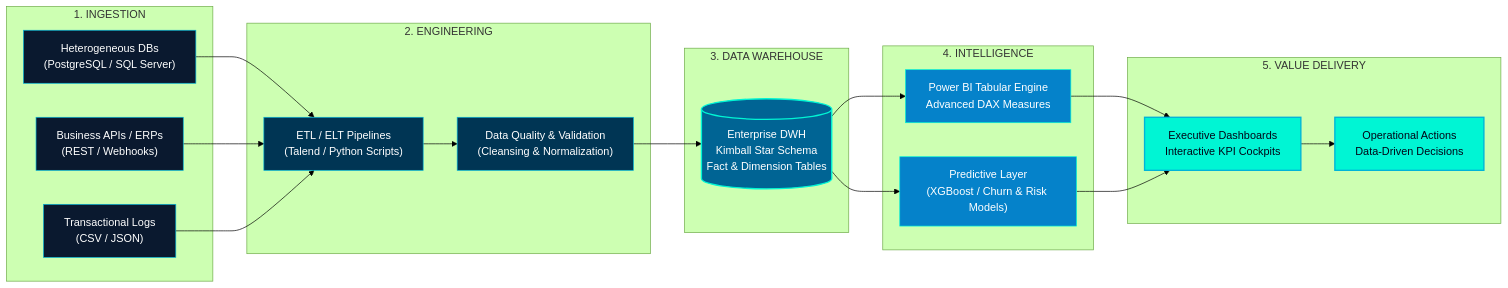
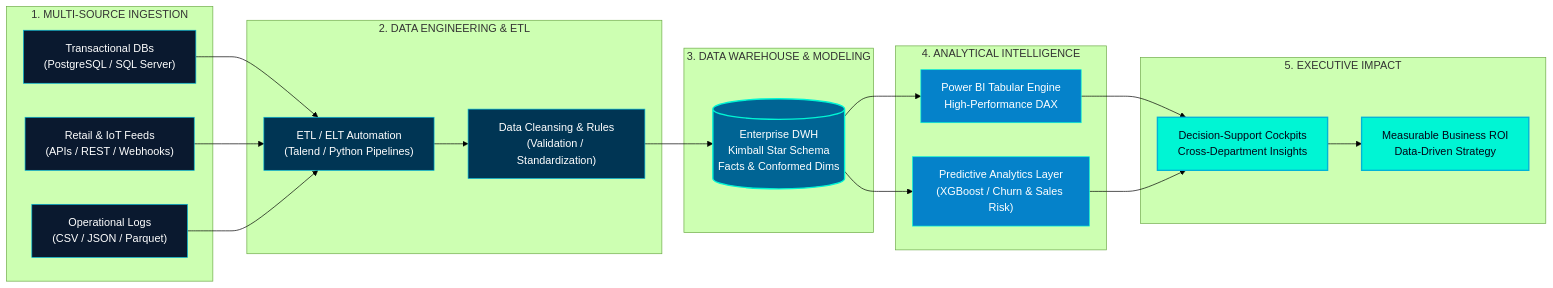
One commit to hazem897/hazem897 changed the diagram in README.md. Above: the diagram before and after it, drawn with Mermaid (forest theme). The commit also changed other lines of this file, not shown here.

````diff
--- a/README.md
+++ b/README.md
@@ -117,41 +119,41 @@
 ```mermaid
 flowchart LR
-    subgraph S1["1. INGESTION"]
-        A1["Heterogeneous DBs<br/>(PostgreSQL / SQL Server)"]
-        A2["Business APIs / ERPs<br/>(REST / Webhooks)"]
-        A3["Transactional Logs<br/>(CSV / JSON)"]
+    subgraph S1["1. MULTI-SOURCE INGESTION"]
+        A1["Transactional DBs<br/>(PostgreSQL / SQL Server)"]
+        A2["Retail & IoT Feeds<br/>(APIs / REST / Webhooks)"]
+        A3["Operational Logs<br/>(CSV / JSON / Parquet)"]
     end
 
-    subgraph S2["2. ENGINEERING"]
-        B1["ETL / ELT Pipelines<br/>(Talend / Python Scripts)"]
-        B2["Data Quality & Validation<br/>(Cleansing & Normalization)"]
+    subgraph S2["2. DATA ENGINEERING & ETL"]
+        B1["ETL / ELT Automation<br/>(Talend / Python Pipelines)"]
+        B2["Data Cleansing & Rules<br/>(Validation / Standardization)"]
     end
 
-    subgraph S3["3. DATA WAREHOUSE"]
-        C1[("Enterprise DWH<br/>Kimball Star Schema<br/>Fact & Dimension Tables")]
+    subgraph S3["3. DATA WAREHOUSE & MODELING"]
+        C1[("Enterprise DWH<br/>Kimball Star Schema<br/>Facts & Conformed Dims")]
     end
 
-    subgraph S4["4. INTELLIGENCE"]
-        D1["Power BI Tabular Engine<br/>Advanced DAX Measures"]
-        D2["Predictive Layer<br/>(XGBoost / Churn & Risk Models)"]
+    subgraph S4["4. ANALYTICAL INTELLIGENCE"]
+        D1["Power BI Tabular Engine<br/>High-Performance DAX"]
+        D2["Predictive Analytics Layer<br/>(XGBoost / Churn & Sales Risk)"]
     end
 
-    subgraph S5["5. VALUE DELIVERY"]
-        E1["Executive Dashboards<br/>Interactive KPI Cockpits"]
-        E2["Operational Actions<br/>Data-Driven Decisions"]
+    subgraph S5["5. EXECUTIVE IMPACT"]
+        E1["Decision-Support Cockpits<br/>Cross-Department Insights"]
+        E2["Measurable Business ROI<br/>Data-Driven Strategy"]
     end
 
     A1 & A2 & A3 --> B1 --> B2 --> C1 --> D1 & D2 --> E1 --> E2
 
     classDef ing fill:#0A192F,stroke:#00B4D8,stroke-width:1px,color:#fff;
     classDef eng fill:#003554,stroke:#00B4D8,stroke-width:1px,color:#fff;
     classDef dwh fill:#006494,stroke:#00F5D4,stroke-width:2px,color:#fff;
     classDef bi fill:#0582CA,stroke:#00F5D4,stroke-width:1px,color:#fff;
     classDef val fill:#00F5D4,stroke:#00B4D8,stroke-width:2px,color:#020617;
 
     class A1,A2,A3 ing;
     class B1,B2 eng;
     class C1 dwh;
     class D1,D2 bi;
     class E1,E2 val;
 ```
````
